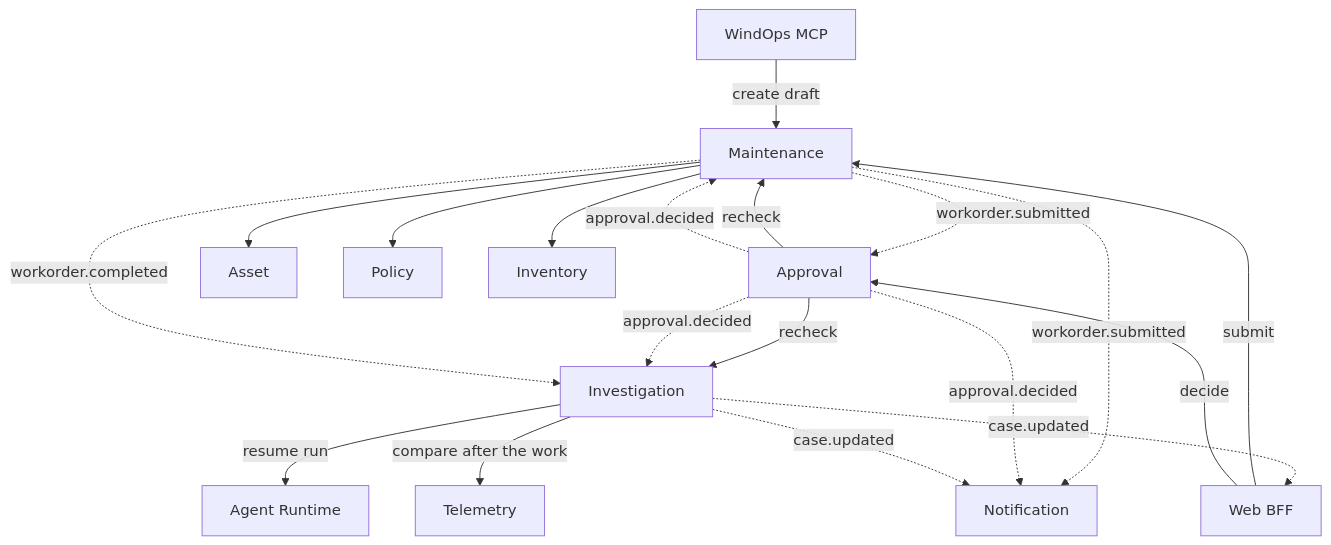
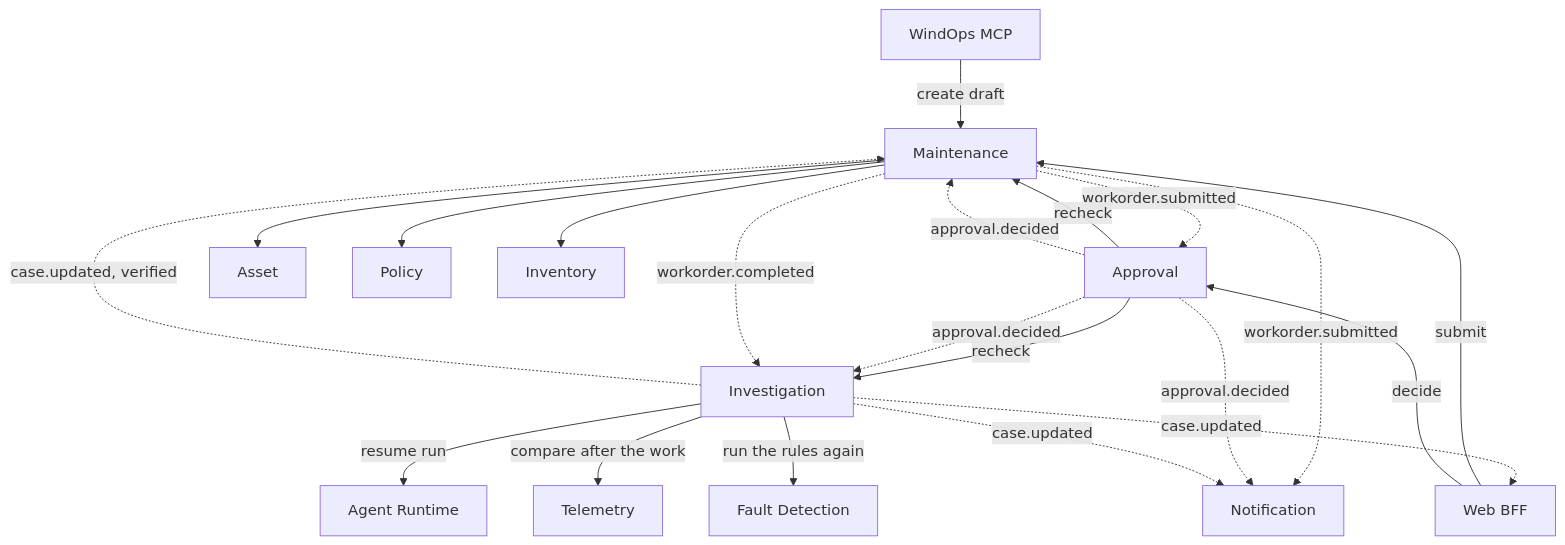
Before and after one commit to wasif1024/windops-ai: the third of 5 diagrams in docs/service-map.md, drawn with Mermaid. The commit also changed other lines of this file and 49 other files, not shown here.

First line of the commit message:
feat(investigation): completed work verified by the fault rules (M10.6) (#144)

````diff
--- a/docs/service-map.md
+++ b/docs/service-map.md
@@ -100,21 +100,23 @@
 ```mermaid
 flowchart TB
     Core["WindOps MCP"] -->|create draft| Maintenance
     BFF["Web BFF"] -->|submit| Maintenance
     BFF -->|decide| Approval
     Maintenance --> Asset
     Maintenance --> Policy
     Maintenance --> Inventory
     Maintenance -.->|workorder.submitted| Approval
     Maintenance -.->|workorder.submitted| Notification
     Approval -->|recheck| Maintenance
     Approval -->|recheck| Investigation
     Approval -.->|approval.decided| Investigation
     Investigation -->|resume run| Runtime["Agent Runtime"]
     Approval -.->|approval.decided| Maintenance
     Approval -.->|approval.decided| Notification
     Maintenance -.->|workorder.completed| Investigation
     Investigation -->|compare after the work| Telemetry
+    Investigation -->|run the rules again| Fault["Fault Detection"]
+    Investigation -.->|case.updated, verified| Maintenance
     Investigation -.->|case.updated| BFF
     Investigation -.->|case.updated| Notification
 ```
````
